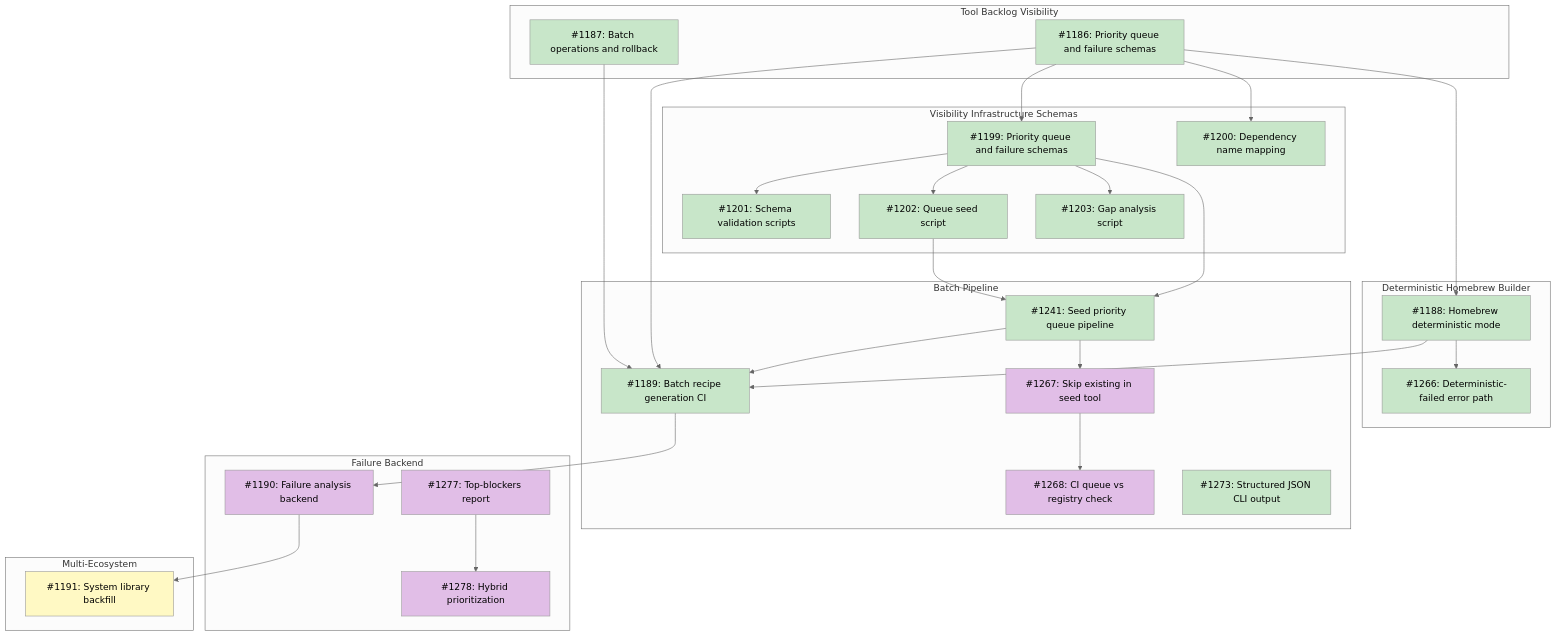
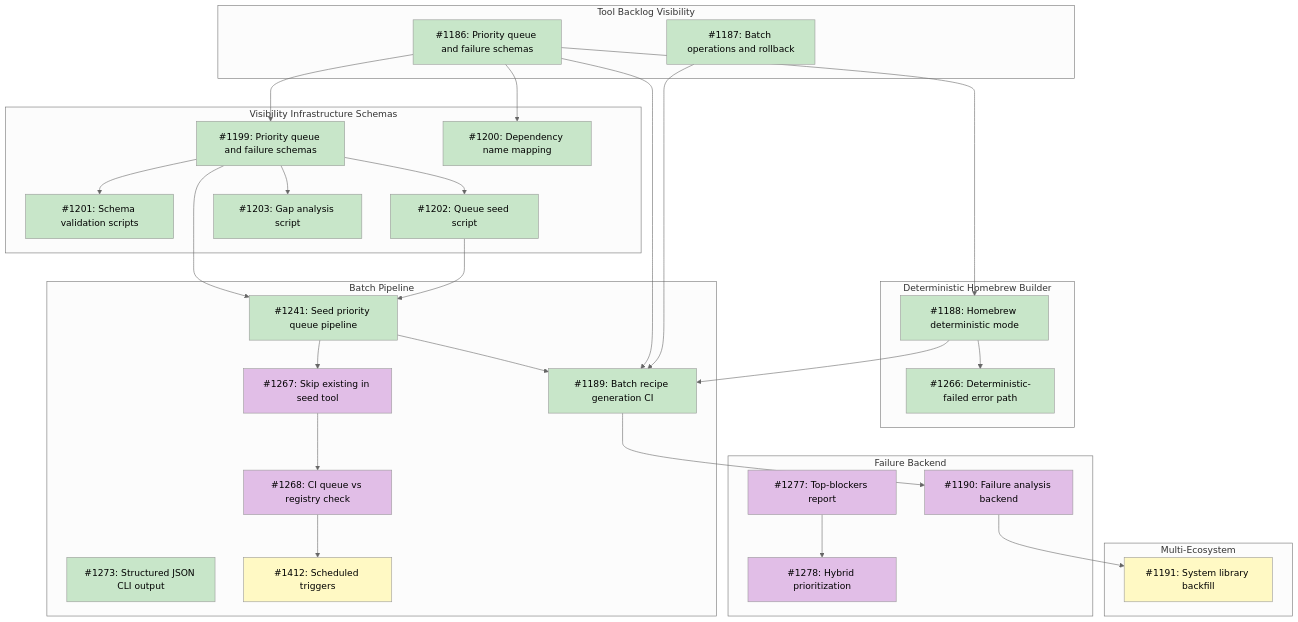
The diagram in docs/designs/DESIGN-registry-scale-strategy.md (tsukumogami/tsuku), drawn with Mermaid (neutral theme) before and after one commit. The commit also changed other lines of this file, not shown here.

Commit message:
docs(design): add #1412 scheduled triggers to registry scale strategy

````diff
--- a/docs/designs/DESIGN-registry-scale-strategy.md
+++ b/docs/designs/DESIGN-registry-scale-strategy.md
@@ -99,6 +100,7 @@
         I1267["#1267: Skip existing in seed tool"]
         I1268["#1268: CI queue vs registry check"]
         I1273["#1273: Structured JSON CLI output"]
+        I1412["#1412: Scheduled triggers"]
     end
 
     subgraph M_FailureBackend["Failure Backend"]
@@ -126,6 +128,7 @@
     I1188 --> I1266
     I1241 --> I1267
     I1267 --> I1268
+    I1268 --> I1412
     I1189 --> I1190
     I1190 --> I1191
     I1277 --> I1278
@@ -151,5 +154,6 @@
     class I1190 needsDesign
     class I1277 needsDesign
     class I1278 needsDesign
+    class I1412 blocked
     class I1191 blocked
 ```
````
